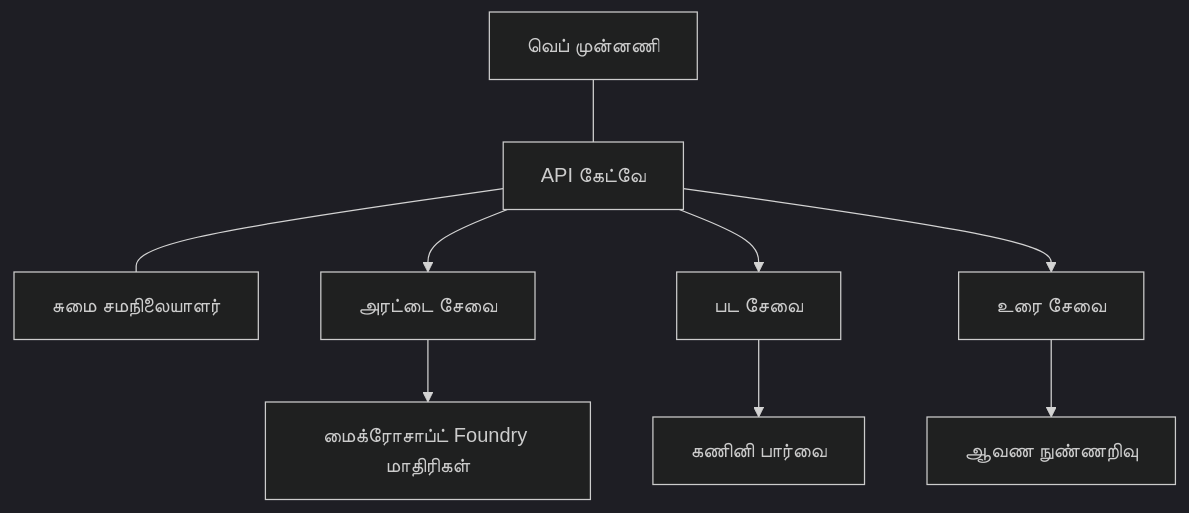
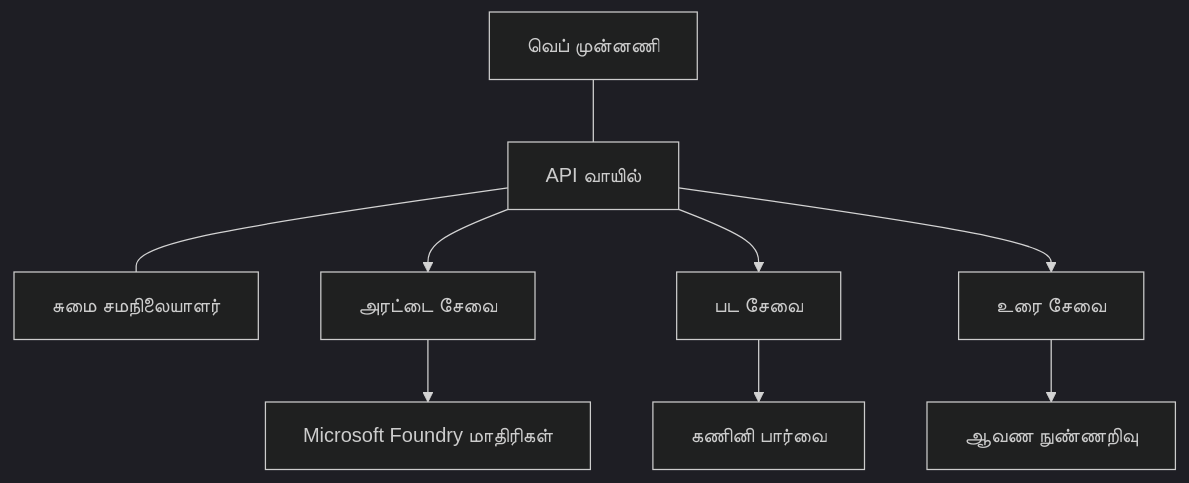
The diagram in translations/ta/docs/chapter-08-production/production-ai-practices.md (microsoft/AZD-for-beginners), drawn with Mermaid (dark theme) before and after one commit. The commit also changed other lines of this file and 101 other files, not shown here.

````diff
--- a/translations/ta/docs/chapter-08-production/production-ai-practices.md
+++ b/translations/ta/docs/chapter-08-production/production-ai-practices.md
@@ -30,10 +30,10 @@
 ```mermaid
 graph TD
-    Frontend[வெப் முன்னணி] --- Gateway[API கேட்வே] --- LB[சுமை சமநிலையாளர்]
+    Frontend[வெப் முன்னணி] --- Gateway[API வாயில்] --- LB[சுமை சமநிலையாளர்]
     Gateway --> Chat[அரட்டை சேவை]
     Gateway --> Image[பட சேவை]
     Gateway --> Text[உரை சேவை]
-    Chat --> OpenAI[மைக்ரோசாப்ட் Foundry மாதிரிகள்]
+    Chat --> OpenAI[Microsoft Foundry மாதிரிகள்]
     Image --> Vision[கணினி பார்வை]
     Text --> DocIntel[ஆவண நுண்ணறிவு]
 ```
````
